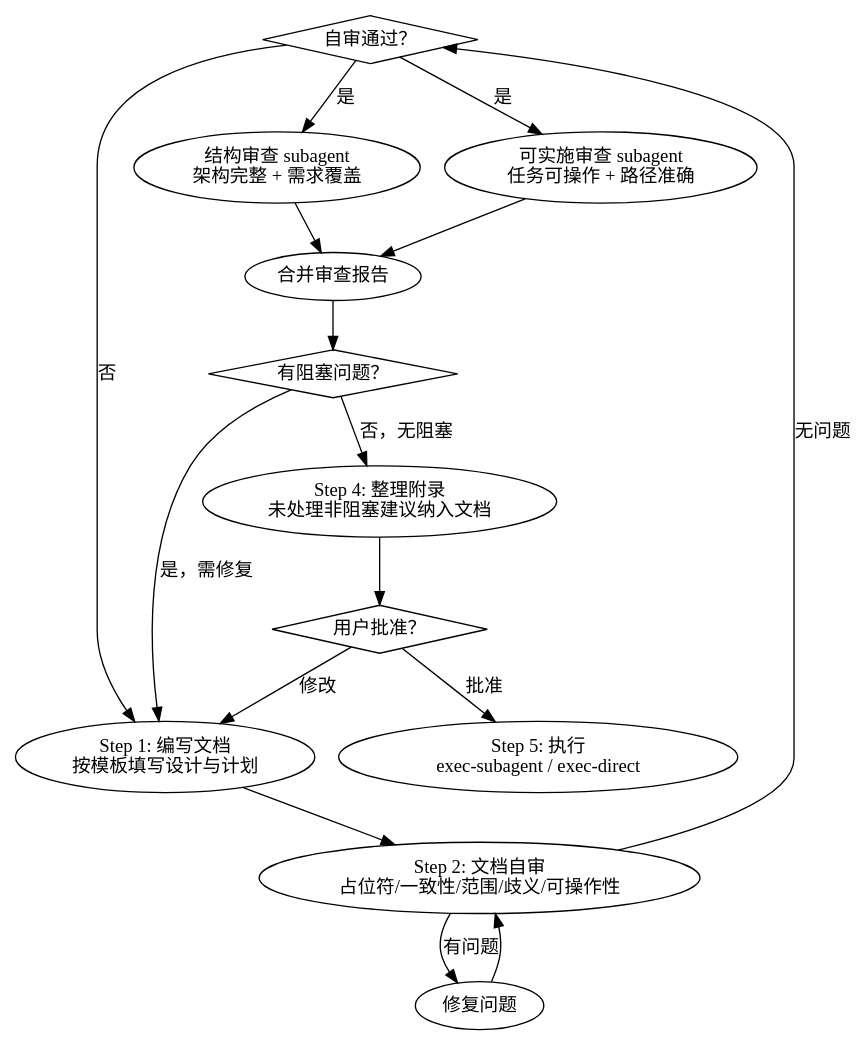
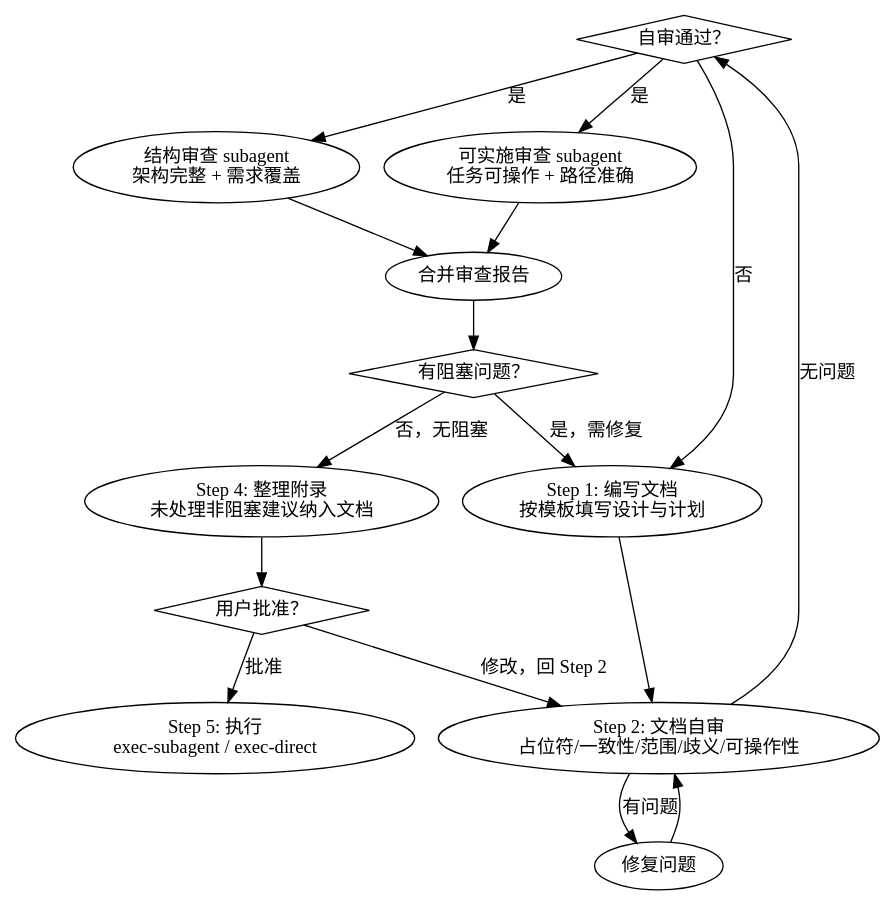
One commit to brightmeows/dotfiles changed the diagram in dot_agents_meow/skills/brainstorming-blueprint/SKILL.md. Above: the diagram before and after it, drawn with Graphviz. The commit also changed other lines of this file, not shown here.

Commit message:
refactor(blueprint): Step 5修改后回跳至Step 2文档自审
- 用户要求修改 → 调整后回 Step 2（文档自审），通过后再次外部审查
- 流程图 user->write 改为 user->self

````diff
--- a/dot_agents_meow/skills/brainstorming-blueprint/SKILL.md
+++ b/dot_agents_meow/skills/brainstorming-blueprint/SKILL.md
@@ -16,32 +16,32 @@
 ```dot
 digraph blueprint {
     ok    [shape=diamond, label="自审通过？"];
     block [shape=diamond, label="有阻塞问题？"];
     user  [shape=diamond, label="用户批准？"];
 
     write [label="Step 1: 编写文档\n按模板填写设计与计划"];
     self  [label="Step 2: 文档自审\n占位符/一致性/范围/歧义/可操作性"];
     fix   [label="修复问题"];
     sr    [label="结构审查 subagent\n架构完整 + 需求覆盖"];
     rr    [label="可实施审查 subagent\n任务可操作 + 路径准确"];
     merge [label="合并审查报告"];
     apdx  [label="Step 4: 整理附录\n未处理非阻塞建议纳入文档"];
     exec  [label="Step 5: 执行\nexec-subagent / exec-direct"];
 
     write -> self;
     self  -> fix  [label="有问题"];
     self  -> ok   [label="无问题"];
     fix   -> self;
     ok    -> write [label="否"];
     ok    -> sr    [label="是"];
     ok    -> rr    [label="是"];
     sr    -> merge;
     rr    -> merge;
     merge -> block;
     block -> write [label="是，需修复"];
     block -> apdx [label="否，无阻塞"];
     apdx  -> user;
-    user  -> write [label="修改"];
+    user  -> self [label="修改，回 Step 2"];
     user  -> exec  [label="批准"];
 }
 ```
````
